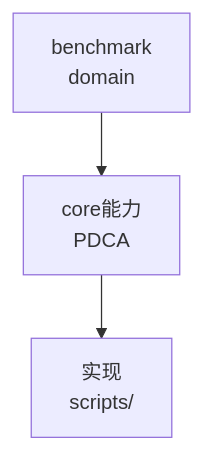
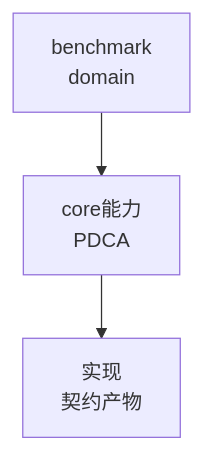
One commit to MyBlackHole/pdca-workflow changed the diagram in ontology/domain/core/benchmark.md. Above: the diagram before and after it, drawn with Mermaid. The commit also changed other lines of this file and 8256 other files, not shown here.

````diff
--- a/ontology/domain/core/benchmark.md
+++ b/ontology/domain/core/benchmark.md
@@ -35,6 +43,6 @@
 ```mermaid
 graph TD
     A[benchmark<br/>domain] --> B[core能力<br/>PDCA]
-    B --> C[实现<br/>scripts/]
-    %% Source: ontology/domain/benchmark.md:1 + ontology/concept/ontology-fidelity-criterion.md:1
+    B --> C[实现<br/>契约产物]
+    %% Source: ontology/domain/core/benchmark.md:1 + ontology/concept/ontology-fidelity-criterion.md:1
 ```
````
